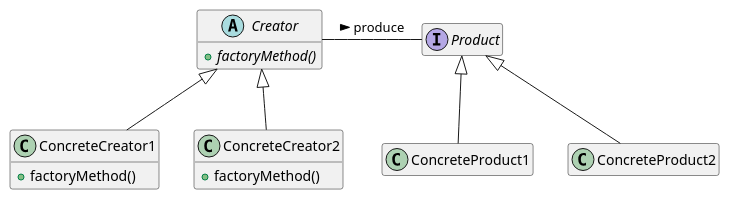
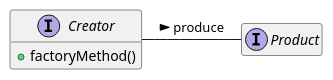
Before and after one commit to gama79530/DesignPattern: the diagram in FactoryMethodPattern/FactoryMethodPattern.puml, drawn with PlantUML. The commit also changed 4 other files, not shown here.

Commit message:
Refactor: simiplify the UML of each pattern

```diff
--- a/FactoryMethodPattern/FactoryMethodPattern.puml
+++ b/FactoryMethodPattern/FactoryMethodPattern.puml
@@ -1,31 +1,13 @@
 @startuml FactoryMethodPattern
 hide empty members
 
-abstract class Creator{
-    + {abstract} factoryMethod()
-}
-
-class ConcreteCreator1{
-    + factoryMethod()
-}
-
-class ConcreteCreator2{
+interface Creator{
     + factoryMethod()
 }
 
 interface Product{
 }
 
-class ConcreteProduct1{
-}
-
-class ConcreteProduct2{
-}
-
-Creator <|-- ConcreteCreator1
-Creator <|-- ConcreteCreator2
-Product <|-- ConcreteProduct1
-Product <|-- ConcreteProduct2
 
 Creator - Product : > produce 
 @enduml
```
